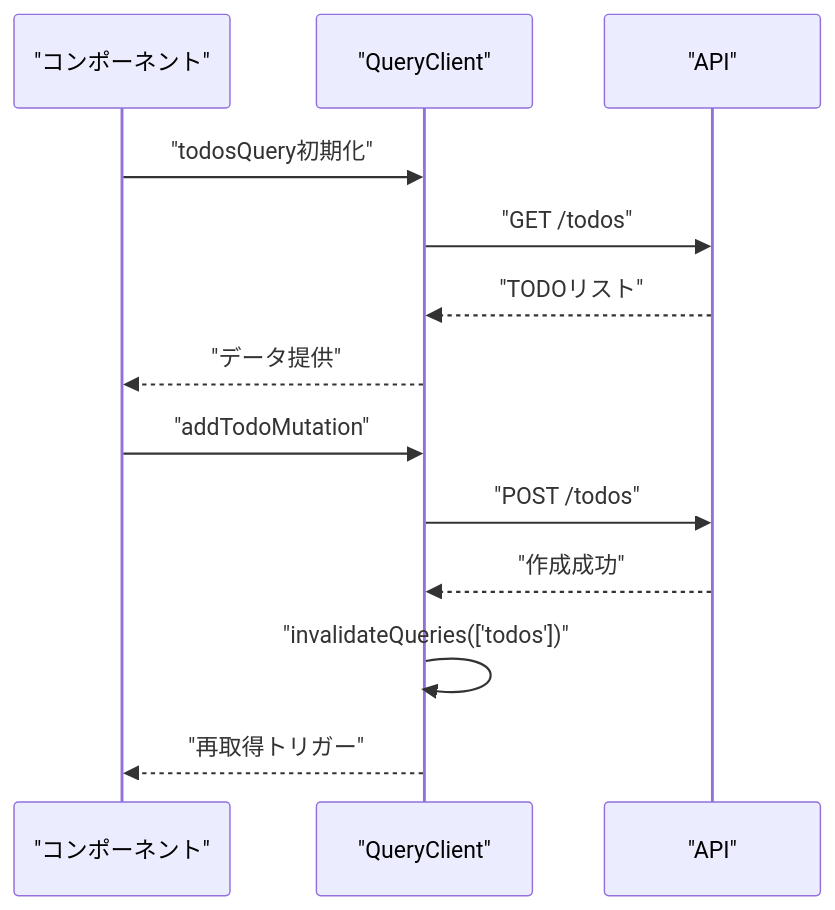
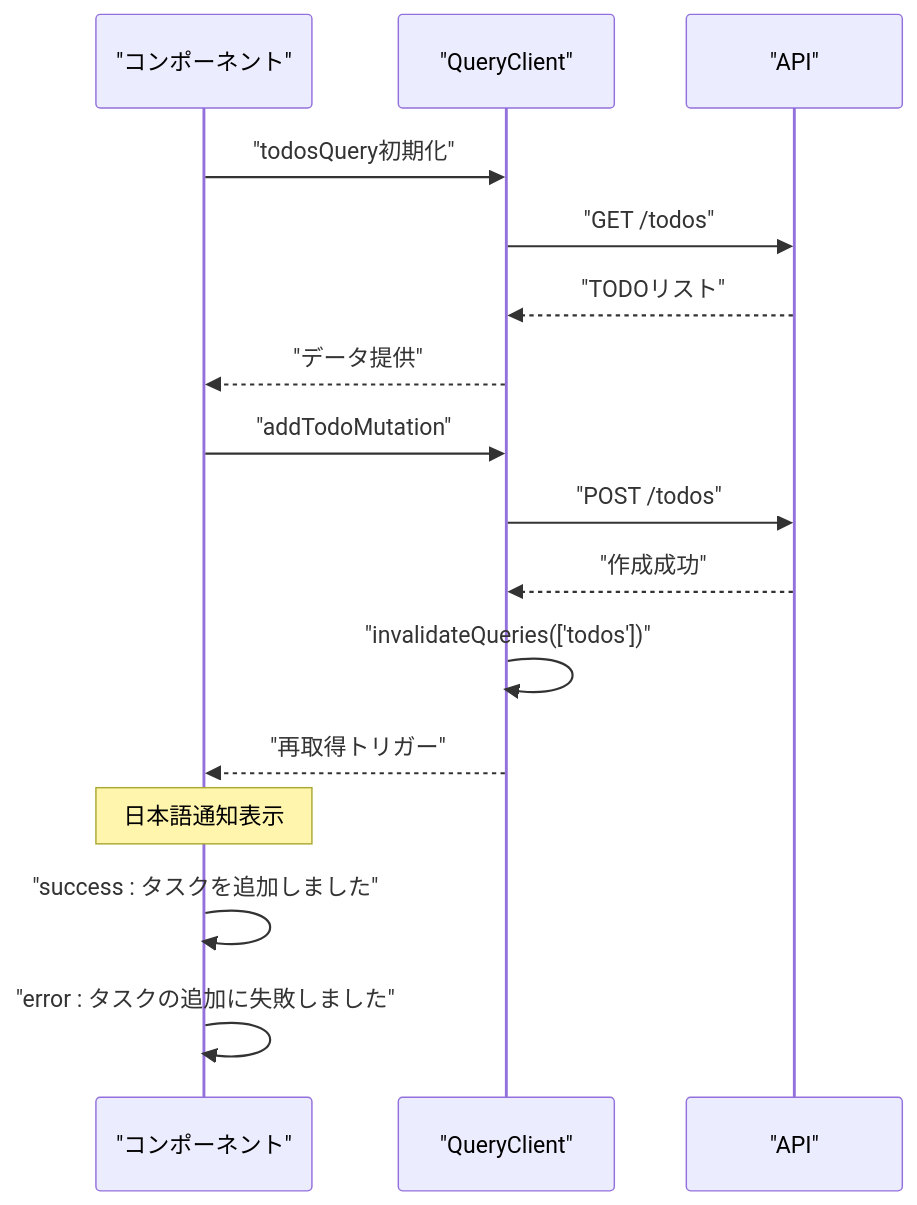
Before and after one commit to ss8806/Todos: diagram 12 of 13 in .qoder/repowiki/ja/content/フロントエンド開発.md, drawn with Mermaid. The commit also changed other lines of this file and 5 other files, not shown here.

````diff
--- a/.qoder/repowiki/ja/content/フロントエンド開発.md
+++ b/.qoder/repowiki/ja/content/フロントエンド開発.md
@@ -469,15 +573,18 @@
 ```mermaid
 sequenceDiagram
 participant Component as "コンポーネント"
 participant QueryClient as "QueryClient"
 participant API as "API"
 Component->>QueryClient : "todosQuery初期化"
 QueryClient->>API : "GET /todos"
 API-->>QueryClient : "TODOリスト"
 QueryClient-->>Component : "データ提供"
 Component->>QueryClient : "addTodoMutation"
 QueryClient->>API : "POST /todos"
 API-->>QueryClient : "作成成功"
 QueryClient->>QueryClient : "invalidateQueries(['todos'])"
 QueryClient-->>Component : "再取得トリガー"
+Note over Component : 日本語通知表示
+Component->>Component : "success : タスクを追加しました"
+Component->>Component : "error : タスクの追加に失敗しました"
 ```
````
